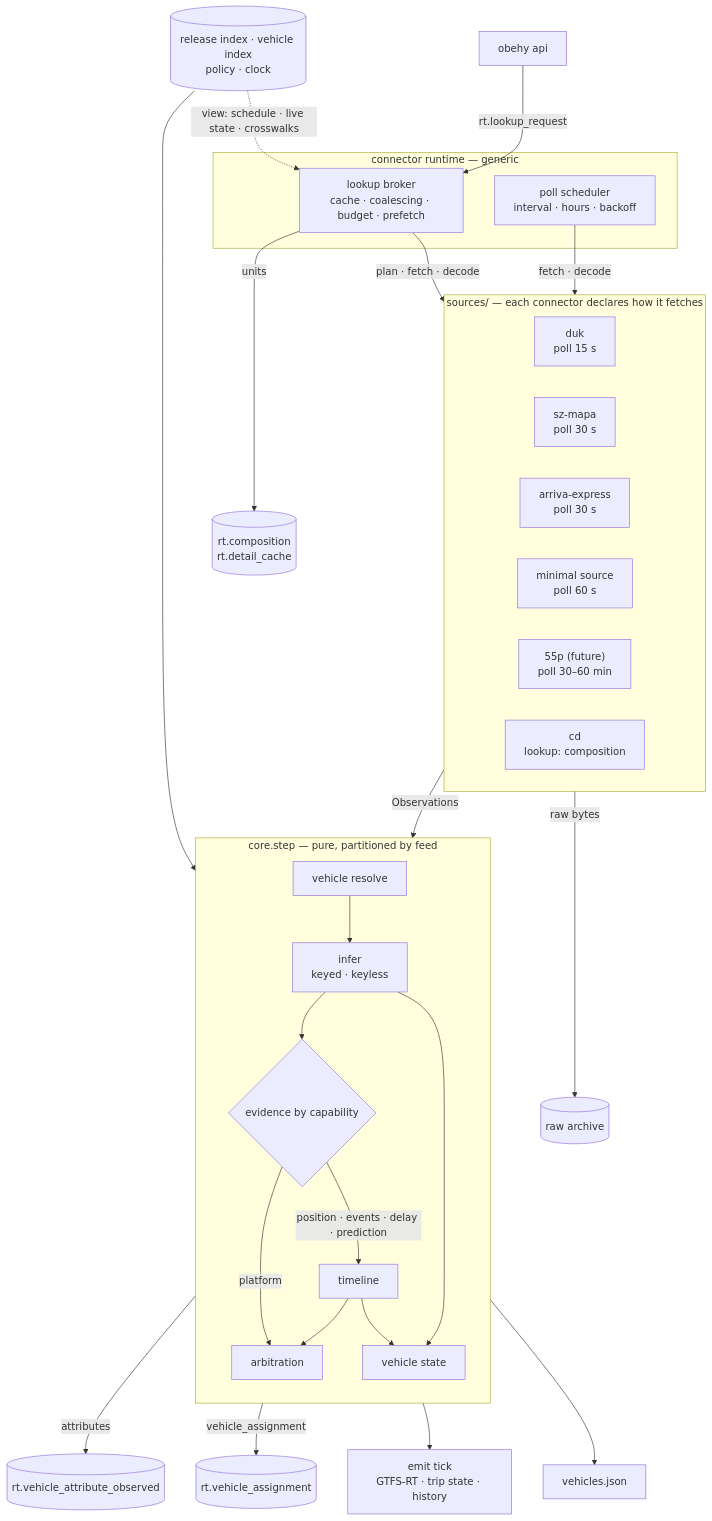
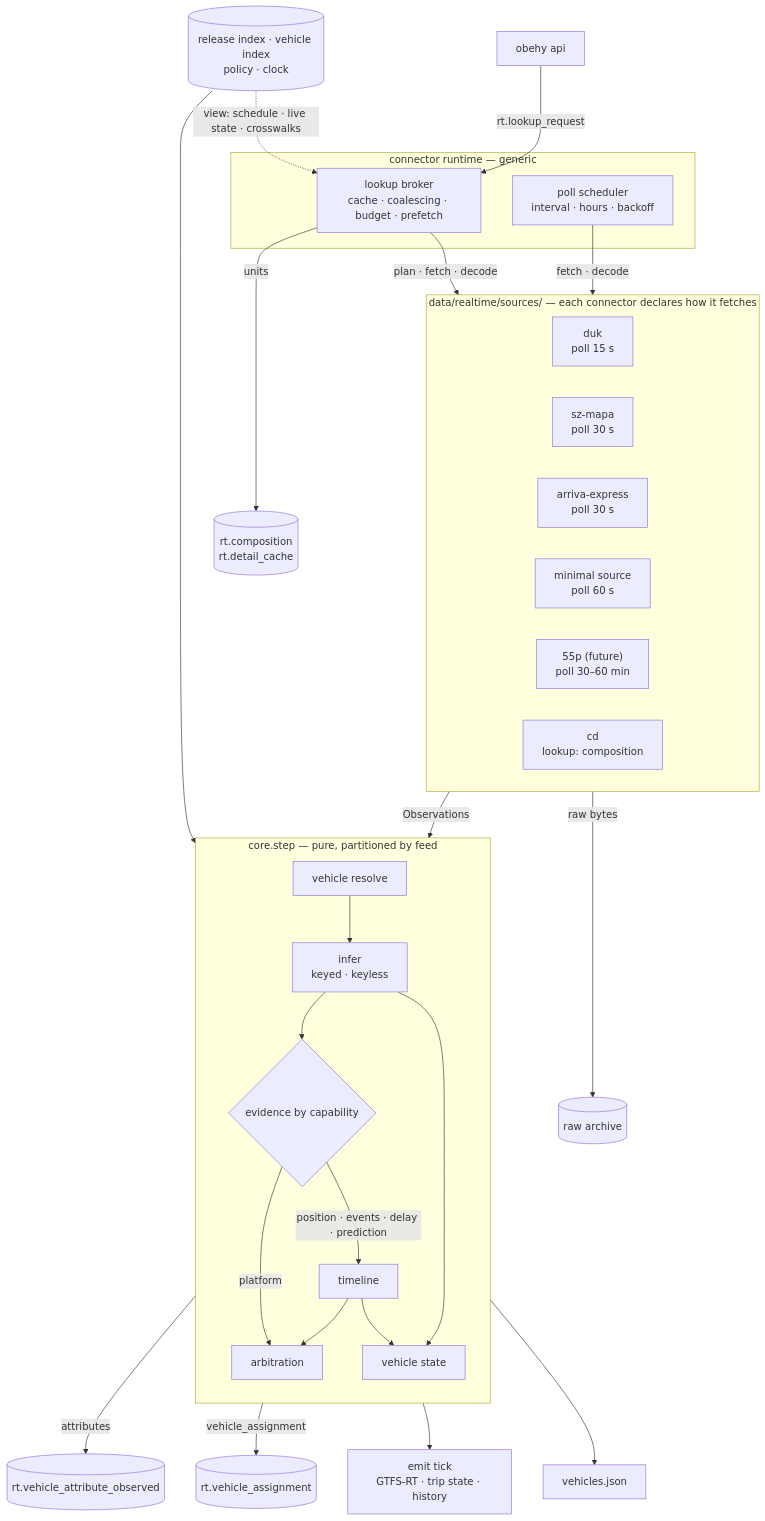
Before and after one commit to Sap1k/obehy: the second of 5 diagrams in ARCHITECTURE.md, drawn with Mermaid. The commit also changed other lines of this file and 593 other files, not shown here.

````diff
--- a/ARCHITECTURE.md
+++ b/ARCHITECTURE.md
@@ -170,40 +184,40 @@
 ```mermaid
 flowchart TB
-  subgraph CONN["sources/ — each connector declares how it fetches"]
+  subgraph CONN["data/realtime/sources/ — each connector declares how it fetches"]
     direction LR
     duk["duk<br/>poll 15 s"]
     sz["sz-mapa<br/>poll 30 s"]
     arr["arriva-express<br/>poll 30 s"]
     mini["minimal source<br/>poll 60 s"]
     p55["55p (future)<br/>poll 30–60 min"]
     cd["cd<br/>lookup: composition"]
   end
   subgraph RUN["connector runtime — generic"]
     sched["poll scheduler<br/>interval · hours · backoff"]
     broker["lookup broker<br/>cache · coalescing · budget · prefetch"]
   end
   api["obehy api"] -->|"rt.lookup_request"| broker
   broker -->|"units"| comp[("rt.composition<br/>rt.detail_cache")]
   sched -->|"fetch · decode"| CONN
   broker -->|"plan · fetch · decode"| CONN
   ctx -.->|"view: schedule · live state · crosswalks"| broker
   CONN -->|raw bytes| raw[("raw archive")]
   CONN -->|Observations| vres
 
   subgraph CORE["core.step — pure, partitioned by feed"]
     direction TB
     vres["vehicle resolve"] --> inf["infer<br/>keyed · keyless"]
     inf --> split{"evidence by capability"}
     split -->|"position · events · delay · prediction"| tl["timeline"]
     tl --> arb["arbitration"]
     inf --> vst["vehicle state"]
     tl --> vst
   end
   ctx[("release index · vehicle index<br/>policy · clock")] --> CORE
 
   split -->|attributes| attr[("rt.vehicle_attribute_observed")]
   split -->|vehicle_assignment| vas[("rt.vehicle_assignment")]
   split -->|platform| arb
   arb --> emit["emit tick<br/>GTFS-RT · trip state · history"]
   vst --> vjson["vehicles.json"]
 ```
````
